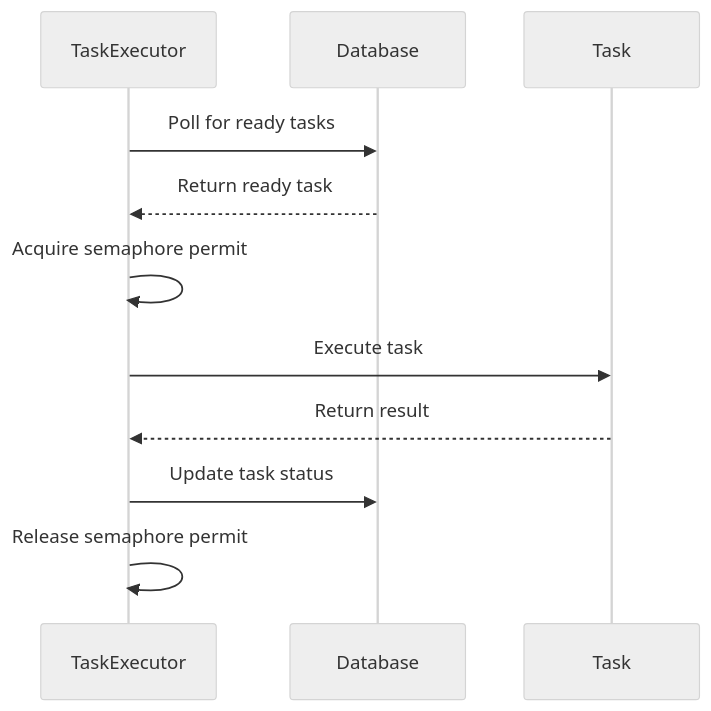
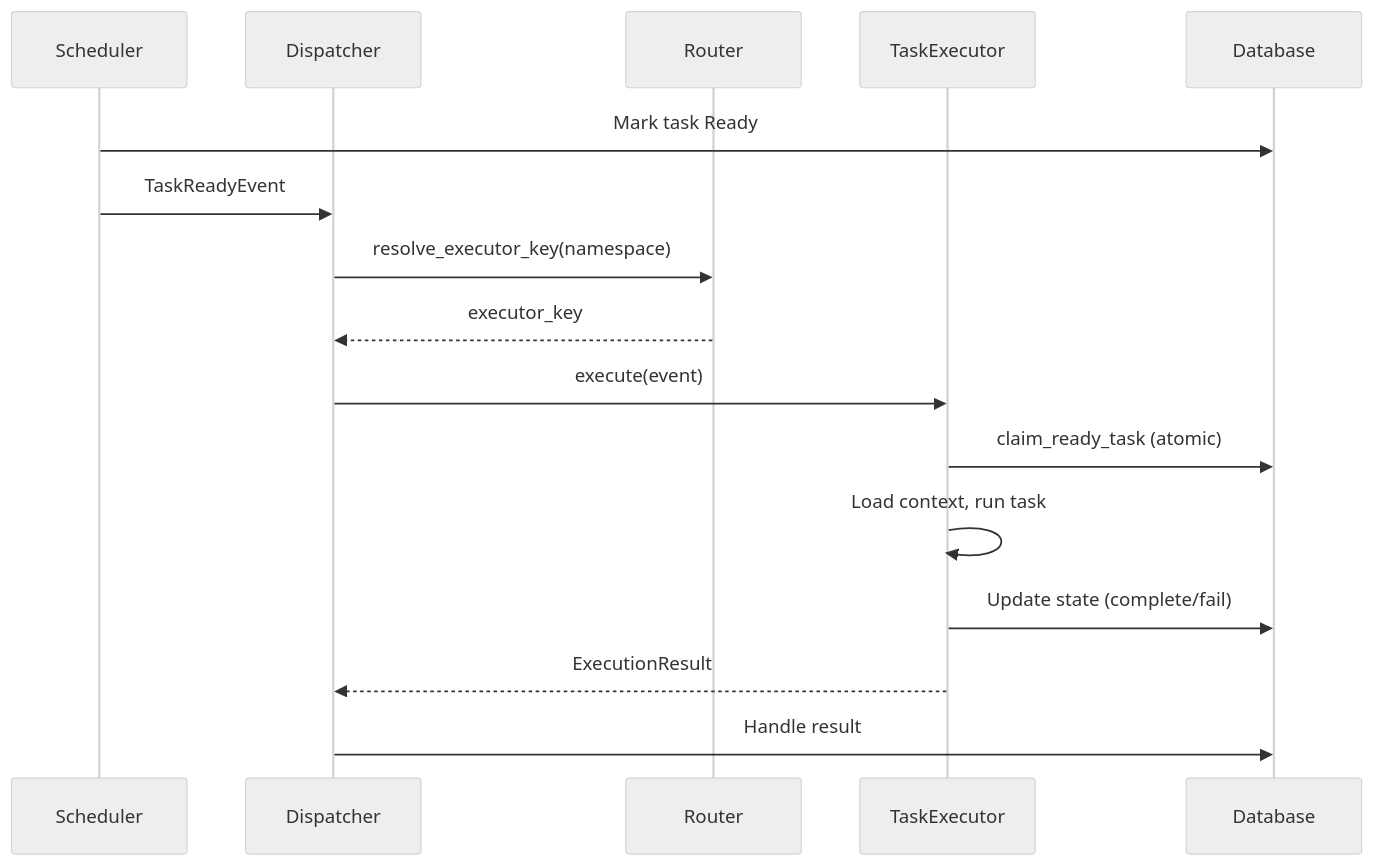
Before and after one commit to colliery-io/cloacina: the second of 2 diagrams in docs/content/explanation/task-execution-sequence.md, drawn with Mermaid (neutral theme). The commit also changed other lines of this file and 1 other file, not shown here.

First line of the commit message:
docs: add dispatcher architecture documentation

````diff
--- a/docs/content/explanation/task-execution-sequence.md
+++ b/docs/content/explanation/task-execution-sequence.md
@@ -78,14 +80,19 @@
 ```mermaid
 sequenceDiagram
+    participant S as Scheduler
+    participant D as Dispatcher
+    participant R as Router
     participant EX as TaskExecutor
     participant DB as Database
-    participant Task as Task
 
-    EX ->> DB: Poll for ready tasks
-    DB -->> EX: Return ready task
-    EX ->> EX: Acquire semaphore permit
-    EX ->> Task: Execute task
-    Task -->> EX: Return result
-    EX ->> DB: Update task status
-    EX ->> EX: Release semaphore permit
+    S ->> DB: Mark task Ready
+    S ->> D: TaskReadyEvent
+    D ->> R: resolve_executor_key(namespace)
+    R -->> D: executor_key
+    D ->> EX: execute(event)
+    EX ->> DB: claim_ready_task (atomic)
+    EX ->> EX: Load context, run task
+    EX ->> DB: Update state (complete/fail)
+    EX -->> D: ExecutionResult
+    D ->> DB: Handle result
 ```
````
